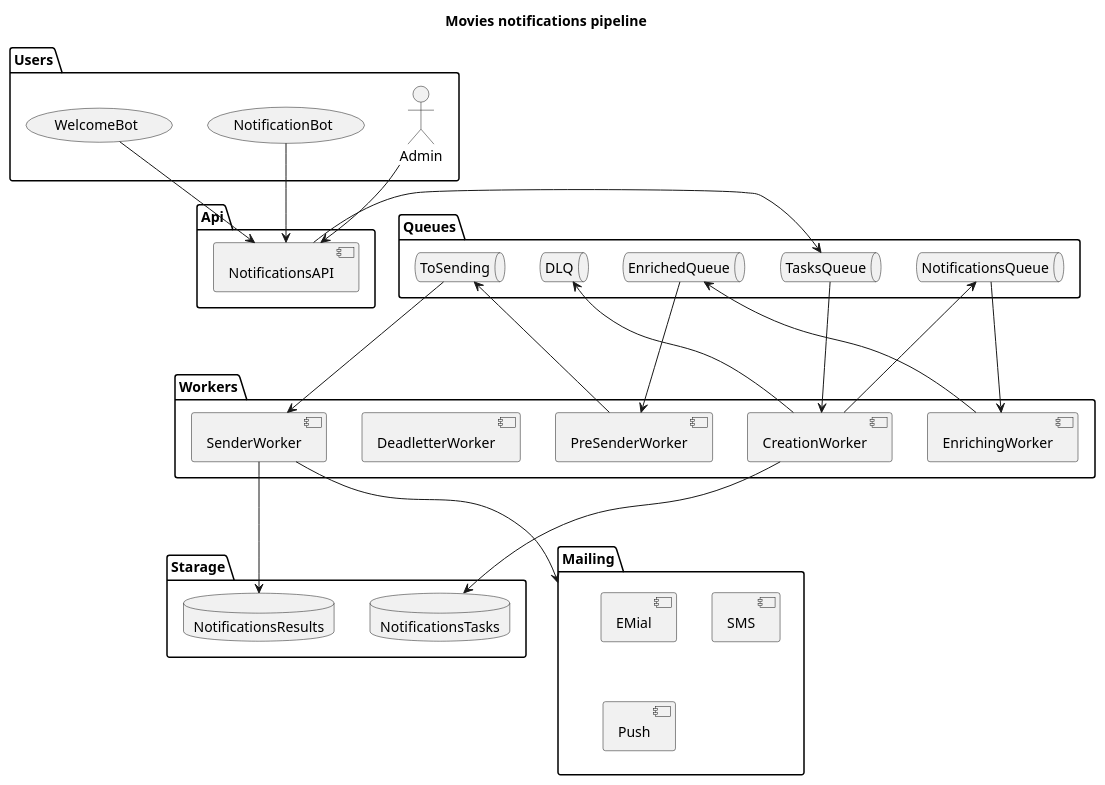
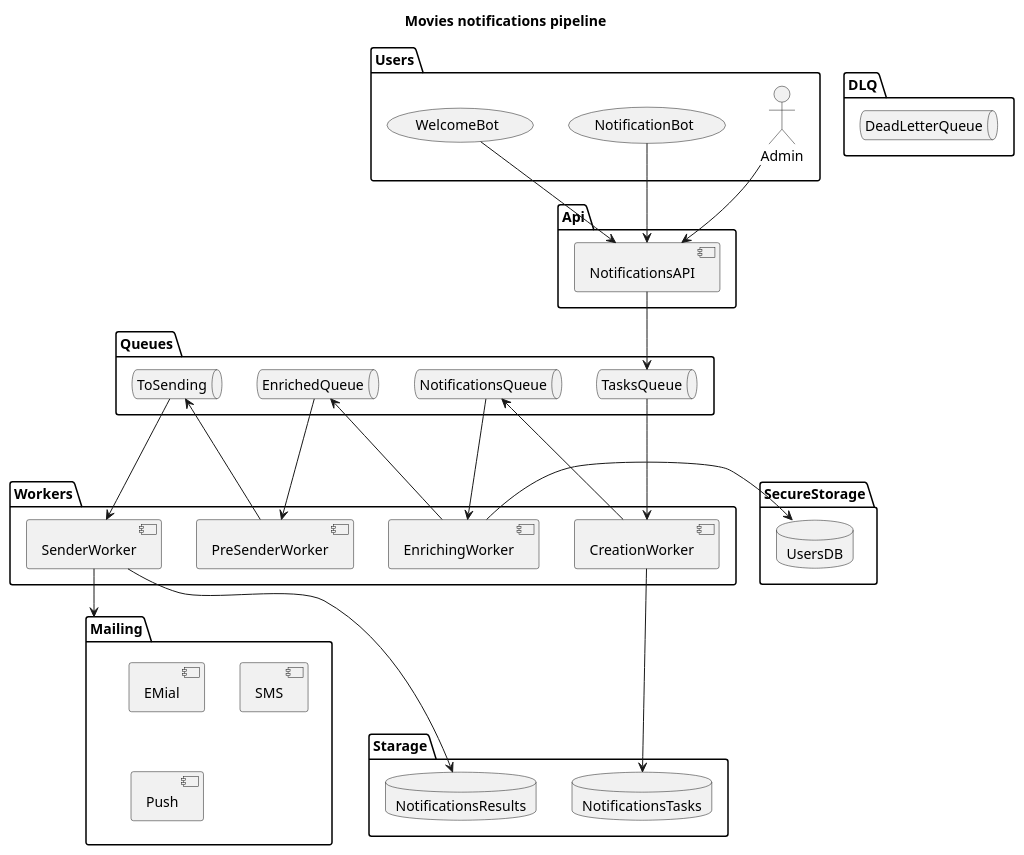
The diagram in docs/c2-notifications.puml (artwist-polyakov/Auth_sprint_1), drawn with PlantUML before and after one commit.

Commit message:
готова схема

```diff
--- a/docs/c2-notifications.puml
+++ b/docs/c2-notifications.puml
@@ -1,60 +1,67 @@
 @startuml
 
 
 title
 <b>Movies notifications pipeline</b>
 end title
 
 package Users {
     actor Admin
     usecase NotificationBot
     usecase WelcomeBot
 }
 
 package Starage {
     database NotificationsTasks
     database NotificationsResults
 }
 
+package SecureStorage {
+    database UsersDB
+}
+
 package Api {
     component NotificationsAPI
 }
 
 package Queues {
     queue TasksQueue
     queue NotificationsQueue
     queue EnrichedQueue
-    queue DLQ
     queue ToSending
+}
+
+package DLQ {
+    queue DeadLetterQueue
 }
 
 package Workers {
     component CreationWorker
     component EnrichingWorker
     component PreSenderWorker
-    component DeadletterWorker
     component SenderWorker
 }
 
 package Mailing {
     component EMial
     component SMS
     component Push
 }
 
 Admin -down-> NotificationsAPI
 NotificationBot  -down-> NotificationsAPI
 WelcomeBot  -down-> NotificationsAPI
-NotificationsAPI -right-> TasksQueue
+NotificationsAPI -down-> TasksQueue
 TasksQueue --down-> CreationWorker
 CreationWorker --up-> NotificationsQueue
-CreationWorker --up-> DLQ
 NotificationsQueue --down-> EnrichingWorker
 EnrichingWorker --up-> EnrichedQueue
+EnrichingWorker -> UsersDB
 EnrichedQueue --down-> PreSenderWorker
 PreSenderWorker --up-> ToSending
 ToSending --down-> SenderWorker
 SenderWorker --down-> NotificationsResults
 CreationWorker --down-> NotificationsTasks
-SenderWorker --down-> Mailing
+SenderWorker -down-> Mailing
+
 @enduml
```
